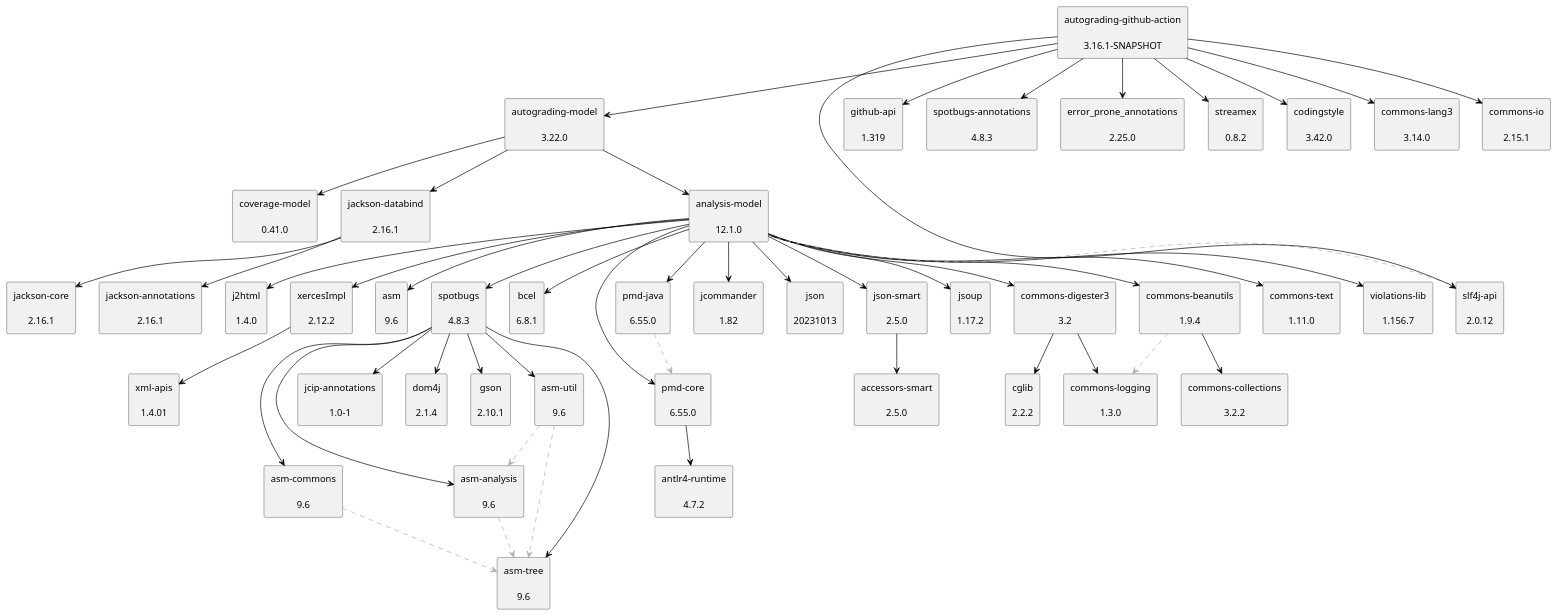
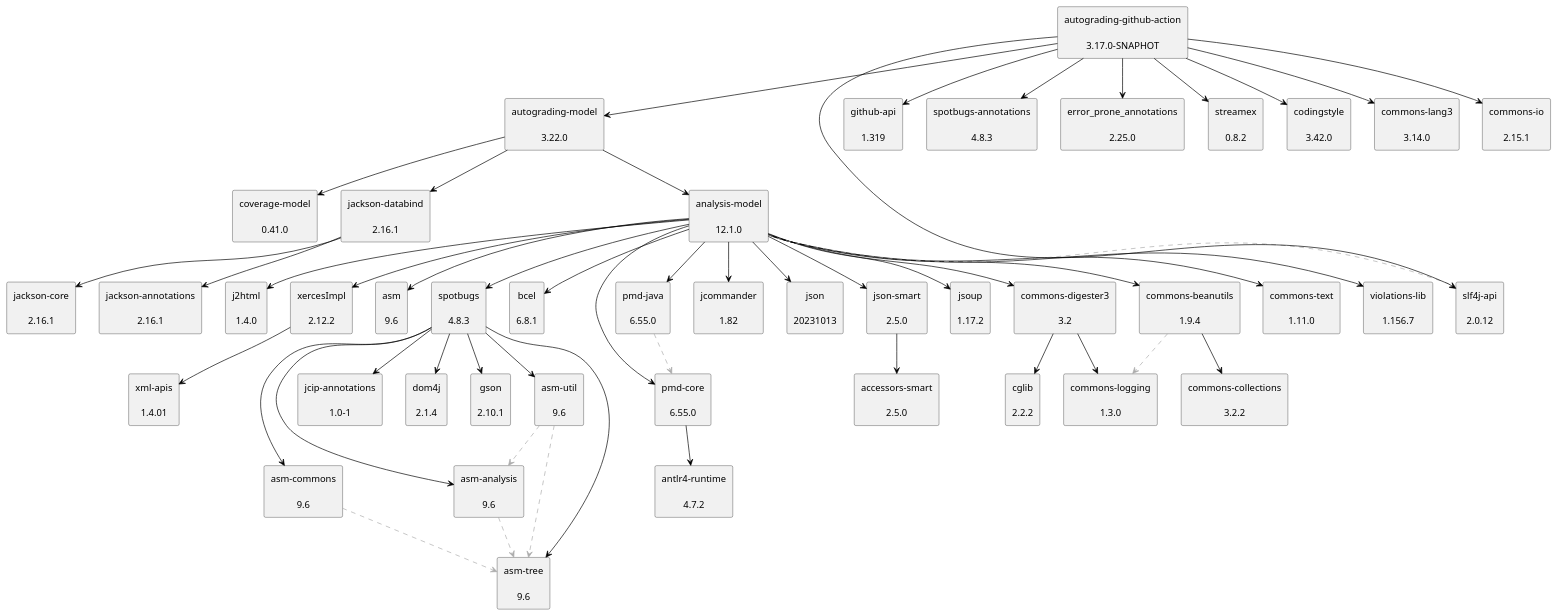
The diagram in doc/dependency-graph.puml (uhafner/autograding-github-action), drawn with PlantUML before and after one commit. The commit also changed 3 other files, not shown here.

```diff
--- a/doc/dependency-graph.puml
+++ b/doc/dependency-graph.puml
@@ -1,101 +1,101 @@
 @startuml
 skinparam defaultTextAlignment center
 skinparam rectangle {
   BackgroundColor<<optional>> beige
   BackgroundColor<<test>> lightGreen
   BackgroundColor<<runtime>> lightBlue
   BackgroundColor<<provided>> lightGray
 }
 rectangle "analysis-model\n\n12.1.0" as edu_hm_hafner_analysis_model_jar
 rectangle "jsoup\n\n1.17.2" as org_jsoup_jsoup_jar
 rectangle "commons-digester3\n\n3.2" as org_apache_commons_commons_digester3_jar
 rectangle "cglib\n\n2.2.2" as cglib_cglib_jar
 rectangle "commons-logging\n\n1.3.0" as commons_logging_commons_logging_jar
 rectangle "commons-beanutils\n\n1.9.4" as commons_beanutils_commons_beanutils_jar
 rectangle "commons-collections\n\n3.2.2" as commons_collections_commons_collections_jar
 rectangle "commons-text\n\n1.11.0" as org_apache_commons_commons_text_jar
 rectangle "violations-lib\n\n1.156.7" as se_bjurr_violations_violations_lib_jar
 rectangle "j2html\n\n1.4.0" as com_j2html_j2html_jar
 rectangle "xercesImpl\n\n2.12.2" as xerces_xercesImpl_jar
 rectangle "xml-apis\n\n1.4.01" as xml_apis_xml_apis_jar
 rectangle "asm\n\n9.6" as org_ow2_asm_asm_jar
 rectangle "asm-analysis\n\n9.6" as org_ow2_asm_asm_analysis_jar
 rectangle "asm-tree\n\n9.6" as org_ow2_asm_asm_tree_jar
 rectangle "spotbugs\n\n4.8.3" as com_github_spotbugs_spotbugs_jar
 rectangle "asm-commons\n\n9.6" as org_ow2_asm_asm_commons_jar
 rectangle "asm-util\n\n9.6" as org_ow2_asm_asm_util_jar
 rectangle "jcip-annotations\n\n1.0-1" as com_github_stephenc_jcip_jcip_annotations_jar
 rectangle "dom4j\n\n2.1.4" as org_dom4j_dom4j_jar
 rectangle "gson\n\n2.10.1" as com_google_code_gson_gson_jar
 rectangle "bcel\n\n6.8.1" as org_apache_bcel_bcel_jar
 rectangle "pmd-core\n\n6.55.0" as net_sourceforge_pmd_pmd_core_jar
 rectangle "antlr4-runtime\n\n4.7.2" as org_antlr_antlr4_runtime_jar
 rectangle "jcommander\n\n1.82" as com_beust_jcommander_jar
 rectangle "pmd-java\n\n6.55.0" as net_sourceforge_pmd_pmd_java_jar
 rectangle "json\n\n20231013" as org_json_json_jar
 rectangle "json-smart\n\n2.5.0" as net_minidev_json_smart_jar
 rectangle "accessors-smart\n\n2.5.0" as net_minidev_accessors_smart_jar
 rectangle "slf4j-api\n\n2.0.12" as org_slf4j_slf4j_api_jar
 rectangle "autograding-model\n\n3.22.0" as edu_hm_hafner_autograding_model_jar
 rectangle "coverage-model\n\n0.41.0" as edu_hm_hafner_coverage_model_jar
 rectangle "jackson-databind\n\n2.16.1" as com_fasterxml_jackson_core_jackson_databind_jar
 rectangle "jackson-annotations\n\n2.16.1" as com_fasterxml_jackson_core_jackson_annotations_jar
 rectangle "jackson-core\n\n2.16.1" as com_fasterxml_jackson_core_jackson_core_jar
-rectangle "autograding-github-action\n\n3.16.1-SNAPSHOT" as edu_hm_hafner_autograding_github_action_jar
+rectangle "autograding-github-action\n\n3.17.0-SNAPHOT" as edu_hm_hafner_autograding_github_action_jar
 rectangle "github-api\n\n1.319" as org_kohsuke_github_api_jar
 rectangle "spotbugs-annotations\n\n4.8.3" as com_github_spotbugs_spotbugs_annotations_jar
 rectangle "error_prone_annotations\n\n2.25.0" as com_google_errorprone_error_prone_annotations_jar
 rectangle "streamex\n\n0.8.2" as one_util_streamex_jar
 rectangle "codingstyle\n\n3.42.0" as edu_hm_hafner_codingstyle_jar
 rectangle "commons-lang3\n\n3.14.0" as org_apache_commons_commons_lang3_jar
 rectangle "commons-io\n\n2.15.1" as commons_io_commons_io_jar
 edu_hm_hafner_analysis_model_jar -[#000000]-> org_jsoup_jsoup_jar
 org_apache_commons_commons_digester3_jar -[#000000]-> cglib_cglib_jar
 org_apache_commons_commons_digester3_jar -[#000000]-> commons_logging_commons_logging_jar
 edu_hm_hafner_analysis_model_jar -[#000000]-> org_apache_commons_commons_digester3_jar
 commons_beanutils_commons_beanutils_jar .[#ABABAB].> commons_logging_commons_logging_jar
 commons_beanutils_commons_beanutils_jar -[#000000]-> commons_collections_commons_collections_jar
 edu_hm_hafner_analysis_model_jar -[#000000]-> commons_beanutils_commons_beanutils_jar
 edu_hm_hafner_analysis_model_jar -[#000000]-> org_apache_commons_commons_text_jar
 edu_hm_hafner_analysis_model_jar -[#000000]-> se_bjurr_violations_violations_lib_jar
 edu_hm_hafner_analysis_model_jar -[#000000]-> com_j2html_j2html_jar
 xerces_xercesImpl_jar -[#000000]-> xml_apis_xml_apis_jar
 edu_hm_hafner_analysis_model_jar -[#000000]-> xerces_xercesImpl_jar
 edu_hm_hafner_analysis_model_jar -[#000000]-> org_ow2_asm_asm_jar
 org_ow2_asm_asm_analysis_jar .[#ABABAB].> org_ow2_asm_asm_tree_jar
 com_github_spotbugs_spotbugs_jar -[#000000]-> org_ow2_asm_asm_analysis_jar
 org_ow2_asm_asm_commons_jar .[#ABABAB].> org_ow2_asm_asm_tree_jar
 com_github_spotbugs_spotbugs_jar -[#000000]-> org_ow2_asm_asm_commons_jar
 com_github_spotbugs_spotbugs_jar -[#000000]-> org_ow2_asm_asm_tree_jar
 org_ow2_asm_asm_util_jar .[#ABABAB].> org_ow2_asm_asm_tree_jar
 org_ow2_asm_asm_util_jar .[#ABABAB].> org_ow2_asm_asm_analysis_jar
 com_github_spotbugs_spotbugs_jar -[#000000]-> org_ow2_asm_asm_util_jar
 com_github_spotbugs_spotbugs_jar -[#000000]-> com_github_stephenc_jcip_jcip_annotations_jar
 com_github_spotbugs_spotbugs_jar -[#000000]-> org_dom4j_dom4j_jar
 com_github_spotbugs_spotbugs_jar -[#000000]-> com_google_code_gson_gson_jar
 edu_hm_hafner_analysis_model_jar -[#000000]-> com_github_spotbugs_spotbugs_jar
 edu_hm_hafner_analysis_model_jar -[#000000]-> org_apache_bcel_bcel_jar
 net_sourceforge_pmd_pmd_core_jar -[#000000]-> org_antlr_antlr4_runtime_jar
 edu_hm_hafner_analysis_model_jar -[#000000]-> net_sourceforge_pmd_pmd_core_jar
 edu_hm_hafner_analysis_model_jar -[#000000]-> com_beust_jcommander_jar
 net_sourceforge_pmd_pmd_java_jar .[#ABABAB].> net_sourceforge_pmd_pmd_core_jar
 edu_hm_hafner_analysis_model_jar -[#000000]-> net_sourceforge_pmd_pmd_java_jar
 edu_hm_hafner_analysis_model_jar -[#000000]-> org_json_json_jar
 net_minidev_json_smart_jar -[#000000]-> net_minidev_accessors_smart_jar
 edu_hm_hafner_analysis_model_jar -[#000000]-> net_minidev_json_smart_jar
 edu_hm_hafner_analysis_model_jar .[#ABABAB].> org_slf4j_slf4j_api_jar
 edu_hm_hafner_autograding_model_jar -[#000000]-> edu_hm_hafner_analysis_model_jar
 edu_hm_hafner_autograding_model_jar -[#000000]-> edu_hm_hafner_coverage_model_jar
 com_fasterxml_jackson_core_jackson_databind_jar -[#000000]-> com_fasterxml_jackson_core_jackson_annotations_jar
 com_fasterxml_jackson_core_jackson_databind_jar -[#000000]-> com_fasterxml_jackson_core_jackson_core_jar
 edu_hm_hafner_autograding_model_jar -[#000000]-> com_fasterxml_jackson_core_jackson_databind_jar
 edu_hm_hafner_autograding_github_action_jar -[#000000]-> edu_hm_hafner_autograding_model_jar
 edu_hm_hafner_autograding_github_action_jar -[#000000]-> org_kohsuke_github_api_jar
 edu_hm_hafner_autograding_github_action_jar -[#000000]-> org_slf4j_slf4j_api_jar
 edu_hm_hafner_autograding_github_action_jar -[#000000]-> com_github_spotbugs_spotbugs_annotations_jar
 edu_hm_hafner_autograding_github_action_jar -[#000000]-> com_google_errorprone_error_prone_annotations_jar
 edu_hm_hafner_autograding_github_action_jar -[#000000]-> one_util_streamex_jar
 edu_hm_hafner_autograding_github_action_jar -[#000000]-> edu_hm_hafner_codingstyle_jar
 edu_hm_hafner_autograding_github_action_jar -[#000000]-> org_apache_commons_commons_lang3_jar
 edu_hm_hafner_autograding_github_action_jar -[#000000]-> commons_io_commons_io_jar
 @enduml
```
